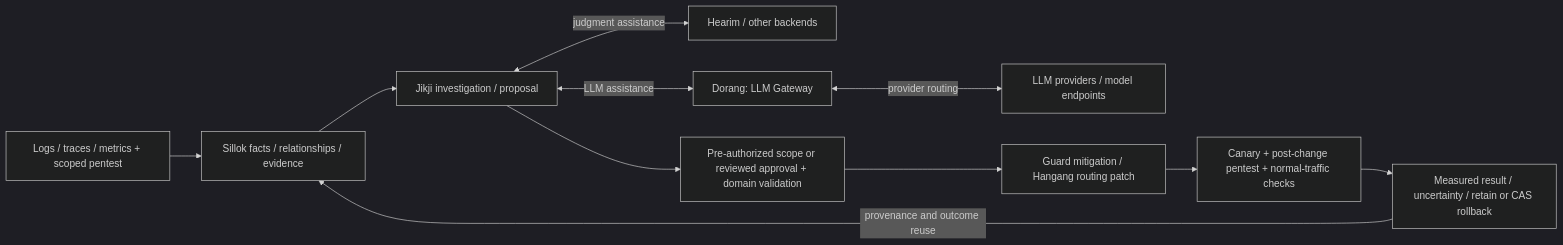
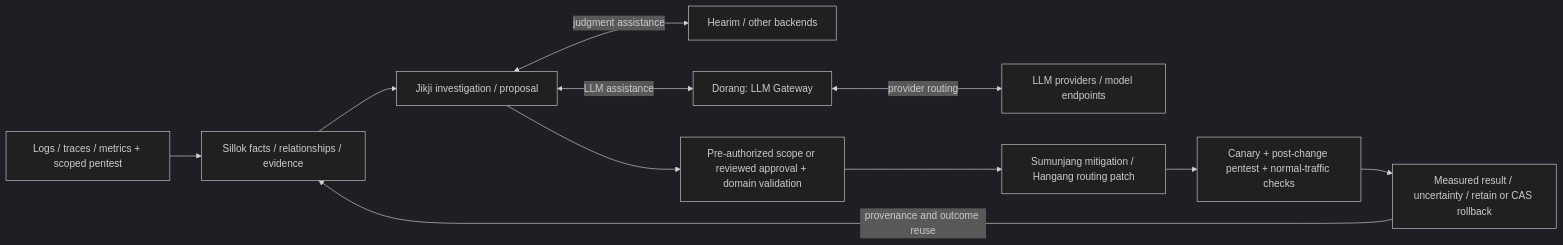
One commit to ziozzang/hangang-zerotrust changed the second of 3 diagrams in README.md. Above: the diagram before and after it, drawn with Mermaid (dark theme). The commit also changed other lines of this file and 3 other files, not shown here.

Commit message:
docs: update source authority diagrams and published qualification [skip ci]

````diff
--- a/README.md
+++ b/README.md
@@ -89,13 +90,13 @@
 ```mermaid
 flowchart LR
   O[Logs / traces / metrics + scoped pentest] --> S[Sillok facts / relationships / evidence]
   S --> J[Jikji investigation / proposal]
   J <-->|judgment assistance| HE[Hearim / other backends]
   J <-->|LLM assistance| DG[Dorang: LLM Gateway]
   DG <-->|provider routing| LP[LLM providers / model endpoints]
   J --> V[Pre-authorized scope or reviewed approval + domain validation]
-  V --> A[Guard mitigation / Hangang routing patch]
+  V --> A[Sumunjang mitigation / Hangang routing patch]
   A --> T[Canary + post-change pentest + normal-traffic checks]
   T --> R[Measured result / uncertainty / retain or CAS rollback]
   R -->|provenance and outcome reuse| S
 ```
````
